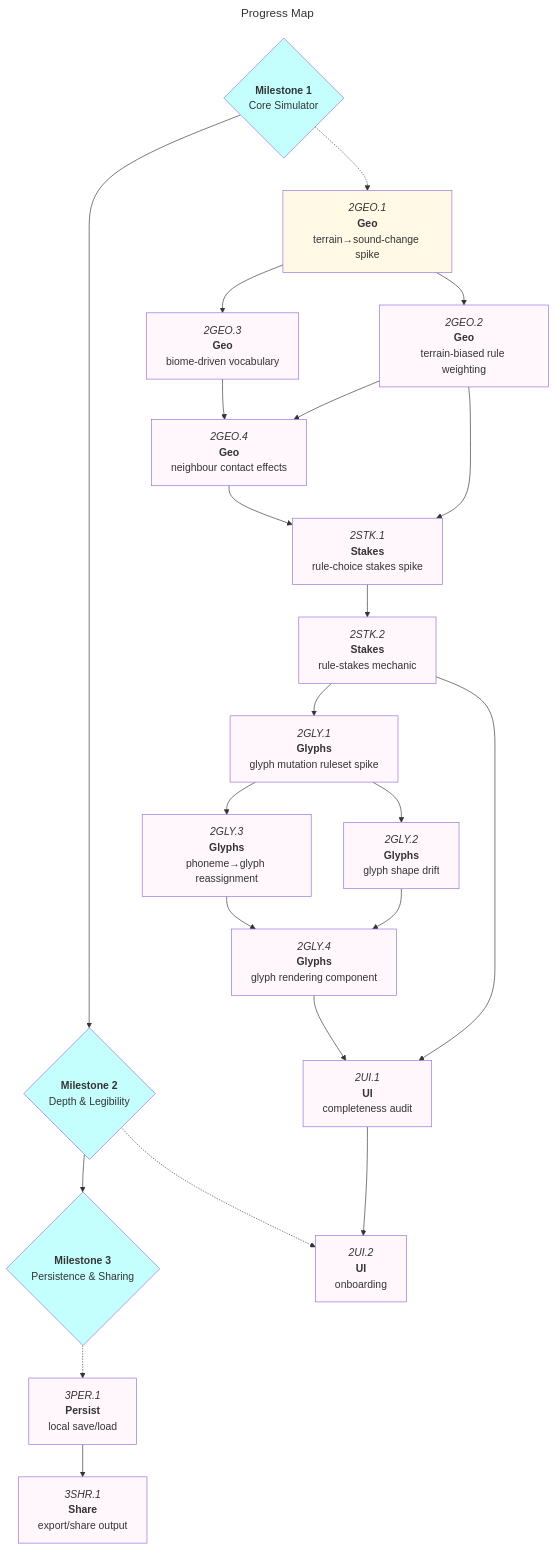
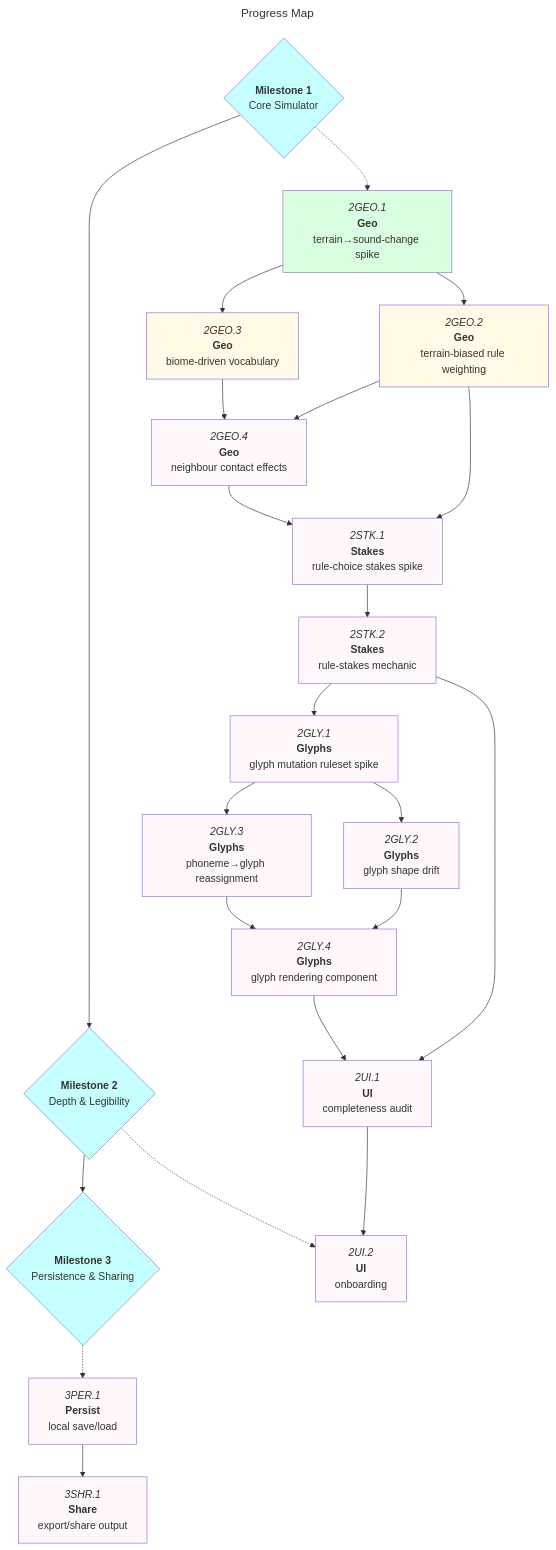
One commit to JasonWarrenUK/the-tongue changed the diagram in docs/roadmaps/mvp.md. Above: the diagram before and after it, drawn with Mermaid. The commit also changed other lines of this file and 1 other file, not shown here.

Commit message:
spike: geo-sound-rules

````diff
--- a/docs/roadmaps/mvp.md
+++ b/docs/roadmaps/mvp.md
@@ -90,54 +93,55 @@
 ```mermaid
 ---
 title: Progress Map
 ---
 graph TD
 
 m1{"`**Milestone 1**<br/>Core Simulator`"}:::mile
 m2{"`**Milestone 2**<br/>Depth & Legibility`"}:::mile
 m3{"`**Milestone 3**<br/>Persistence & Sharing`"}:::mile
 
 m1 --> m2
 m2 --> m3
 
-2GEO.1["`*2GEO.1*<br/>**Geo**<br/>terrain→sound-change spike`"]:::open
-2GEO.2["`*2GEO.2*<br/>**Geo**<br/>terrain-biased rule weighting`"]
-2GEO.3["`*2GEO.3*<br/>**Geo**<br/>biome-driven vocabulary`"]
+2GEO.1["`*2GEO.1*<br/>**Geo**<br/>terrain→sound-change spike`"]:::done
+2GEO.2["`*2GEO.2*<br/>**Geo**<br/>terrain-biased rule weighting`"]:::open
+2GEO.3["`*2GEO.3*<br/>**Geo**<br/>biome-driven vocabulary`"]:::open
 2GEO.4["`*2GEO.4*<br/>**Geo**<br/>neighbour contact effects`"]
 2STK.1["`*2STK.1*<br/>**Stakes**<br/>rule-choice stakes spike`"]
 2STK.2["`*2STK.2*<br/>**Stakes**<br/>rule-stakes mechanic`"]
 2GLY.1["`*2GLY.1*<br/>**Glyphs**<br/>glyph mutation ruleset spike`"]
 2GLY.2["`*2GLY.2*<br/>**Glyphs**<br/>glyph shape drift`"]
 2GLY.3["`*2GLY.3*<br/>**Glyphs**<br/>phoneme→glyph reassignment`"]
 2GLY.4["`*2GLY.4*<br/>**Glyphs**<br/>glyph rendering component`"]
 2UI.1["`*2UI.1*<br/>**UI**<br/>completeness audit`"]
 2UI.2["`*2UI.2*<br/>**UI**<br/>onboarding`"]
 
 3PER.1["`*3PER.1*<br/>**Persist**<br/>local save/load`"]
 3SHR.1["`*3SHR.1*<br/>**Share**<br/>export/share output`"]
 
 2GEO.1 --> 2GEO.2
 2GEO.1 --> 2GEO.3
 2GEO.2 --> 2GEO.4
 2GEO.3 --> 2GEO.4
 2GEO.2 --> 2STK.1
 2GEO.4 --> 2STK.1
 2STK.1 --> 2STK.2
 2STK.2 --> 2GLY.1
 2GLY.1 --> 2GLY.2
 2GLY.1 --> 2GLY.3
 2GLY.2 --> 2GLY.4
 2GLY.3 --> 2GLY.4
 2STK.2 --> 2UI.1
 2GLY.4 --> 2UI.1
 2UI.1 --> 2UI.2
 3PER.1 --> 3SHR.1
 
 m1 -.-> 2GEO.1
 m2 -.-> 2UI.2
 m3 -.-> 3PER.1
 
 classDef default,blocked fill:#fff7fb;
 classDef open fill:#fff9e5;
+classDef done fill:#d9ffe0;
 classDef mile fill:#c4fffe;
 ```
````
